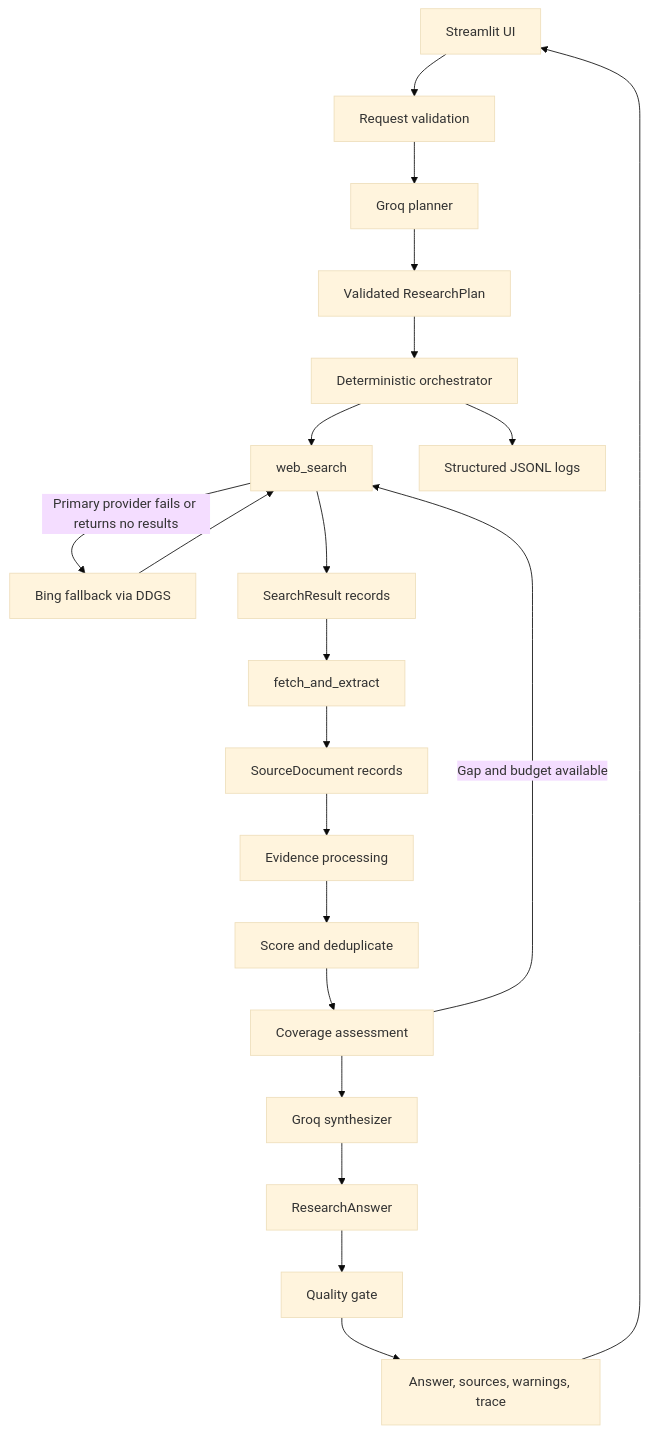
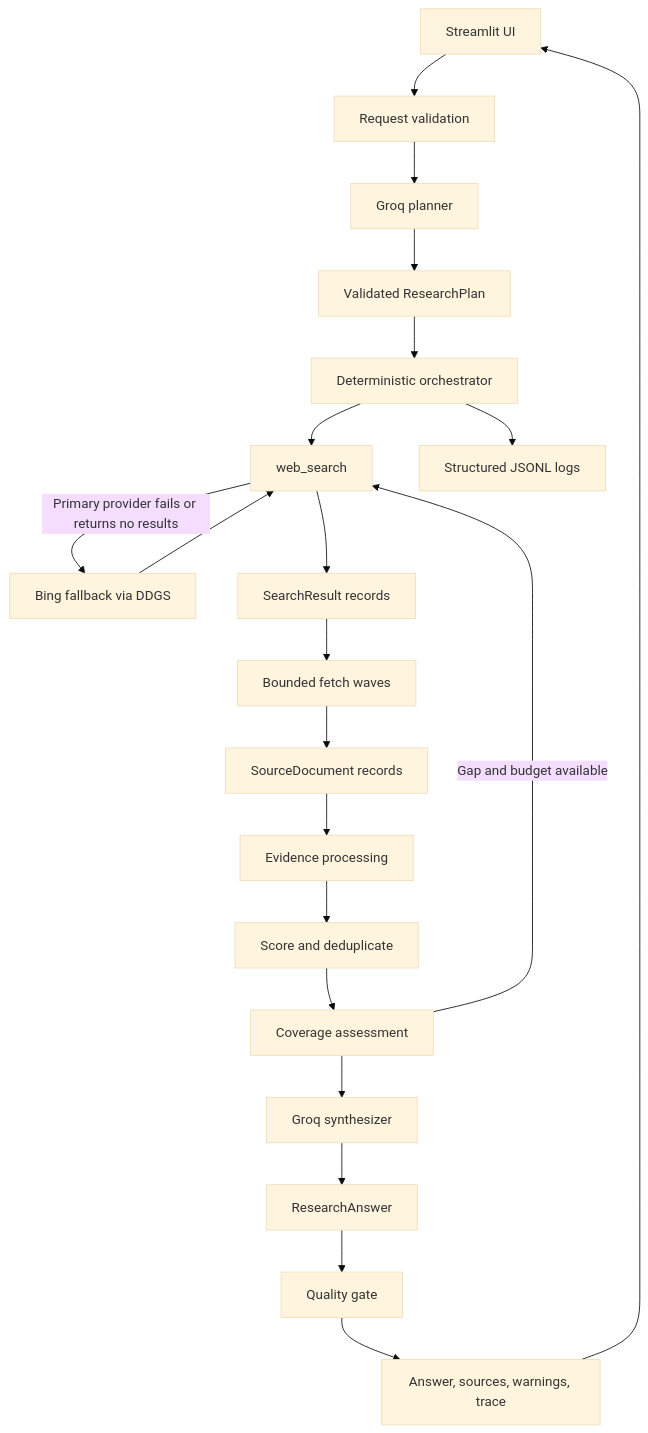
The diagram in README.md (SakshiKukreja04/researchpilot-ai-agent), drawn with Mermaid (base theme) before and after one commit. The commit also changed other lines of this file and 34 other files, not shown here.

````diff
--- a/README.md
+++ b/README.md
@@ -371,27 +363,27 @@
 ```mermaid
 flowchart TD
     UI[Streamlit UI] --> VALIDATE[Request validation]
     VALIDATE --> PLANNER[Groq planner]
     PLANNER --> PLAN[Validated ResearchPlan]
     PLAN --> ORCH[Deterministic orchestrator]
 
     ORCH --> SEARCH[web_search]
     SEARCH -->|Primary provider fails or returns no results| FALLBACK[Bing fallback via DDGS]
     FALLBACK --> SEARCH
     SEARCH --> RESULTS[SearchResult records]
-    RESULTS --> FETCH[fetch_and_extract]
+    RESULTS --> FETCH[Bounded fetch waves]
     FETCH --> DOCS[SourceDocument records]
     DOCS --> EVIDENCE[Evidence processing]
 
     EVIDENCE --> SCORE[Score and deduplicate]
     SCORE --> COVERAGE[Coverage assessment]
     COVERAGE -->|Gap and budget available| SEARCH
     COVERAGE --> SYNTH[Groq synthesizer]
 
     SYNTH --> ANSWER[ResearchAnswer]
     ANSWER --> QUALITY[Quality gate]
     QUALITY --> OUTPUT[Answer, sources, warnings, trace]
     OUTPUT --> UI
 
     ORCH --> LOGS[Structured JSONL logs]
 ```
````
